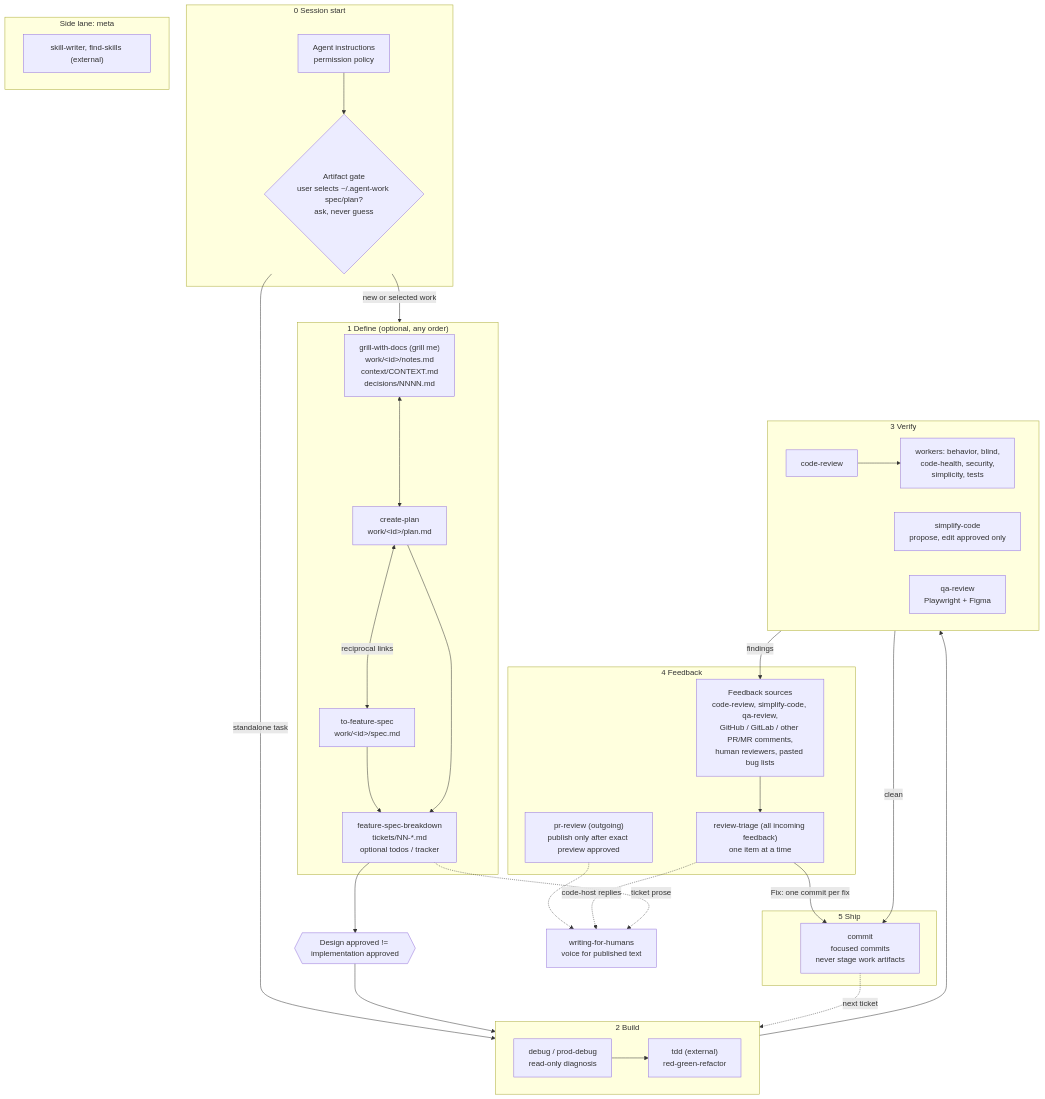
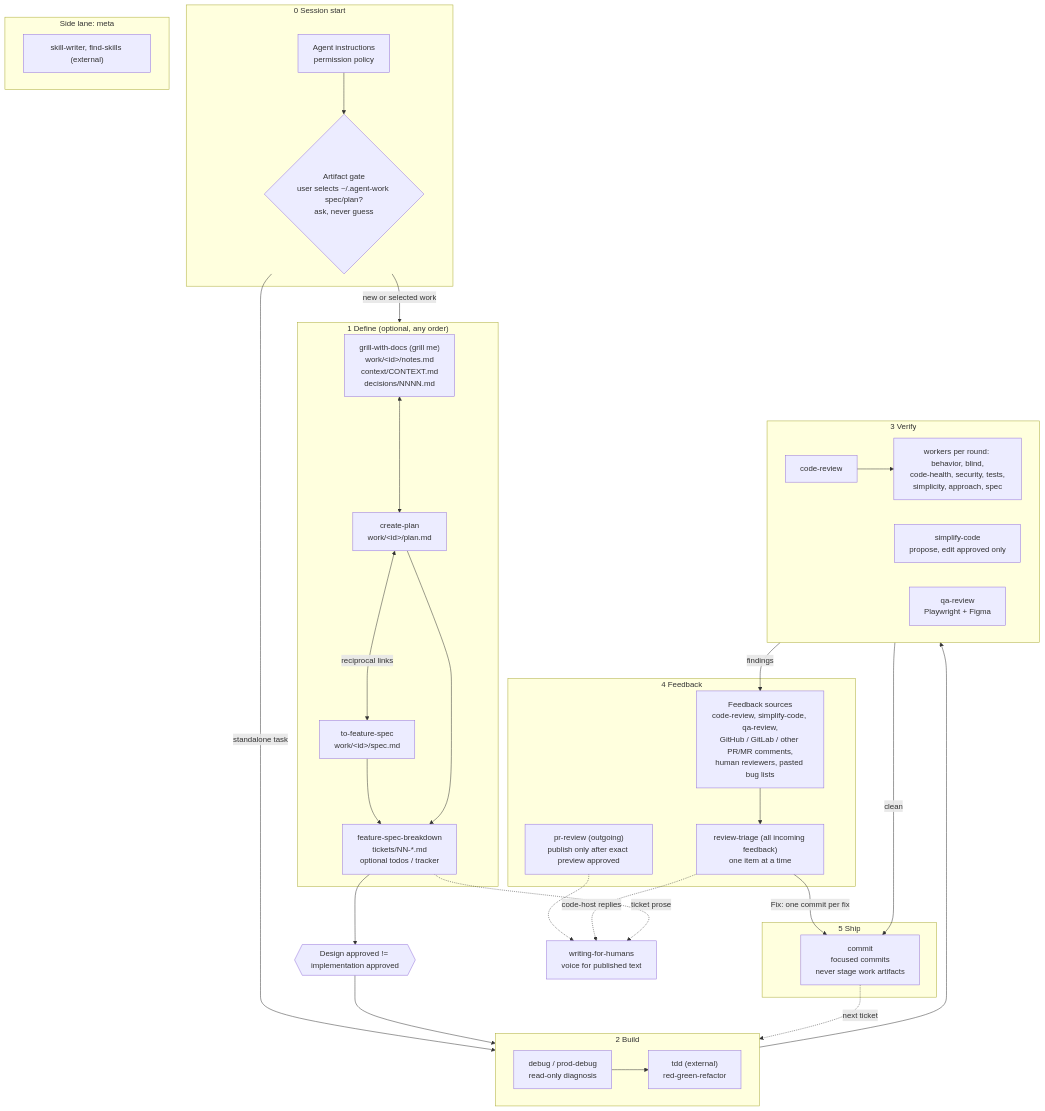
One commit to drosam/agents changed the diagram in README.md. Above: the diagram before and after it, drawn with Mermaid. The commit also changed 9 other files, not shown here.

Commit message:
Add approach and spec challenge workers to code-review and run every worker per round

````diff
--- a/README.md
+++ b/README.md
@@ -14,64 +14,64 @@
 ```mermaid
 flowchart TD
     subgraph S0["0 Session start"]
         rules["Agent instructions<br/>permission policy"]
         gate{"Artifact gate<br/>user selects ~/.agent-work spec/plan?<br/>ask, never guess"}
         rules --> gate
     end
 
     subgraph S1["1 Define (optional, any order)"]
         grill["grill-with-docs (grill me)<br/>work/&lt;id&gt;/notes.md<br/>context/CONTEXT.md<br/>decisions/NNNN.md"]
         plan["create-plan<br/>work/&lt;id&gt;/plan.md"]
         spec["to-feature-spec<br/>work/&lt;id&gt;/spec.md"]
         breakdown["feature-spec-breakdown<br/>tickets/NN-*.md<br/>optional todos / tracker"]
         grill <--> plan
         plan <-->|reciprocal links| spec
         spec --> breakdown
         plan --> breakdown
     end
 
     approve{{"Design approved != implementation approved"}}
 
     subgraph S2["2 Build"]
         tdd["tdd (external)<br/>red-green-refactor"]
         debug["debug / prod-debug<br/>read-only diagnosis"]
     end
 
     subgraph S3["3 Verify"]
         review["code-review"]
-        workers["workers: behavior, blind,<br/>code-health, security,<br/>simplicity, tests"]
+        workers["workers per round: behavior, blind,<br/>code-health, security, tests,<br/>simplicity, approach, spec"]
         simplify["simplify-code<br/>propose, edit approved only"]
         qa["qa-review<br/>Playwright + Figma"]
         review --> workers
     end
 
     subgraph S4["4 Feedback"]
         triage["review-triage (all incoming feedback)<br/>one item at a time"]
         sources["Feedback sources<br/>code-review, simplify-code, qa-review,<br/>GitHub / GitLab / other PR/MR comments,<br/>human reviewers, pasted bug lists"]
         sources --> triage
         prr["pr-review (outgoing)<br/>publish only after exact preview approved"]
     end
 
     subgraph S5["5 Ship"]
         commit["commit<br/>focused commits<br/>never stage work artifacts"]
     end
 
     subgraph META["Side lane: meta"]
         meta["skill-writer, find-skills (external)"]
     end
 
     voice["writing-for-humans<br/>voice for published text"]
     prr -.-> voice
     triage -.->|code-host replies| voice
     breakdown -.->|ticket prose| voice
 
     gate -->|new or selected work| S1
     gate -->|standalone task| S2
     breakdown --> approve --> S2
     debug --> tdd
     S2 --> S3
     S3 -->|findings| sources
     triage -->|Fix: one commit per fix| commit
     S3 -->|clean| commit
     commit -.->|next ticket| S2
 ```
````
